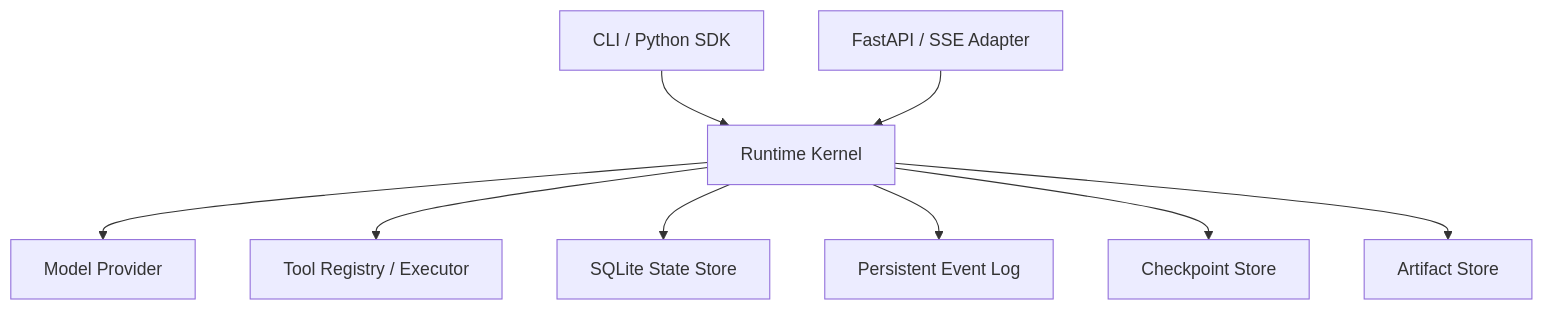
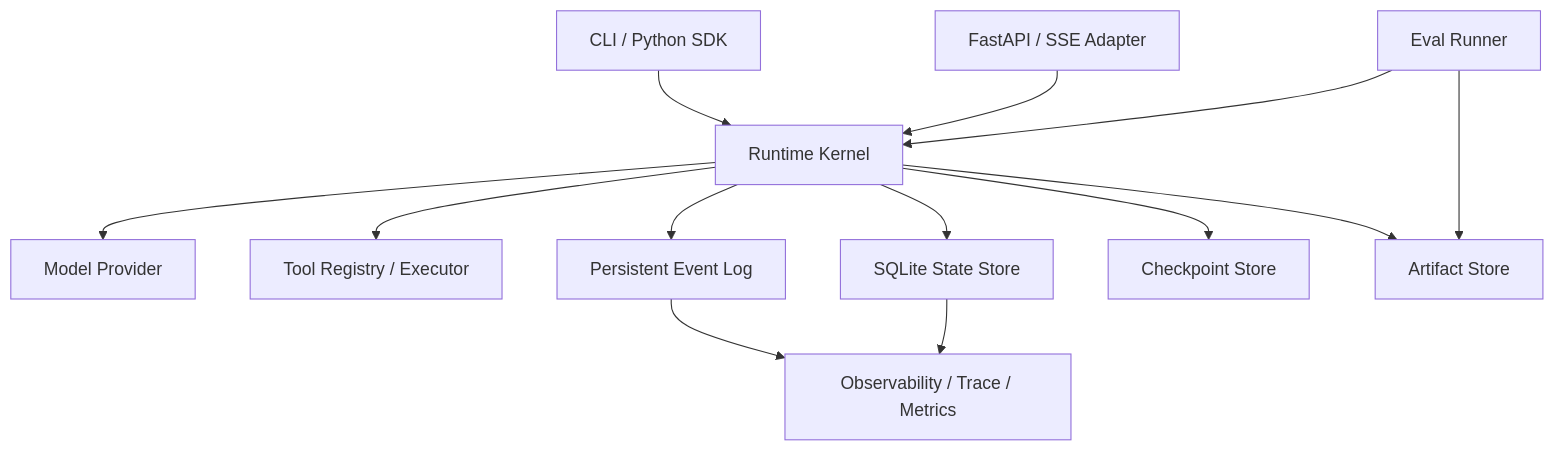
The first of 2 diagrams in docs/ARCHITECTURE.md (fantoagi/agent-runtime), drawn with Mermaid before and after one commit. The commit also changed other lines of this file and 15 other files, not shown here.

Commit message:
feat: add observability and evals v0.5

````diff
--- a/docs/ARCHITECTURE.md
+++ b/docs/ARCHITECTURE.md
@@ -15,21 +15,27 @@
 ```mermaid
 flowchart TD
     CLI["CLI / Python SDK"]
     API["FastAPI / SSE Adapter"]
     Runtime["Runtime Kernel"]
     Model["Model Provider"]
     Tools["Tool Registry / Executor"]
     State["SQLite State Store"]
     Events["Persistent Event Log"]
     Checkpoints["Checkpoint Store"]
     Artifacts["Artifact Store"]
+    Observe["Observability / Trace / Metrics"]
+    Evals["Eval Runner"]
 
     CLI --> Runtime
     API --> Runtime
     Runtime --> Model
     Runtime --> Tools
     Runtime --> State
     Runtime --> Events
     Runtime --> Checkpoints
     Runtime --> Artifacts
+    Events --> Observe
+    State --> Observe
+    Evals --> Runtime
+    Evals --> Artifacts
 ```
````
